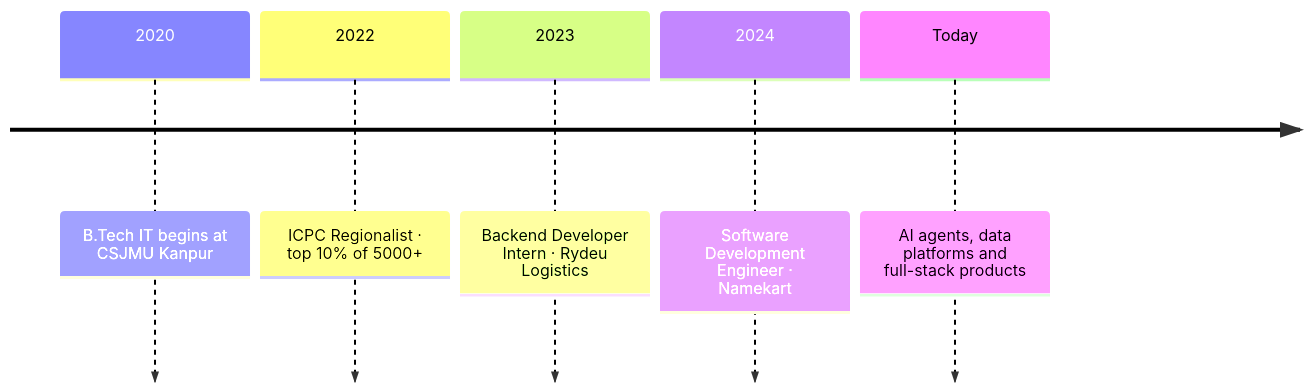
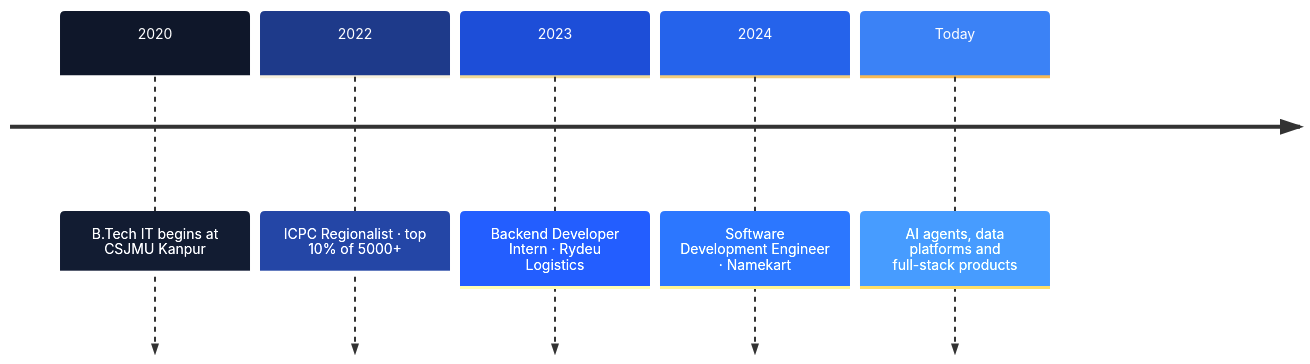
The diagram in README.md (sanjeev662/sanjeev662), drawn with Mermaid before and after one commit. The commit also changed other lines of this file, not shown here.

Commit message:
Polish README: themed timeline, card spacing, centered tile rows

````diff
--- a/README.md
+++ b/README.md
@@ -64,8 +64,9 @@
 ```mermaid
+%%{init: {'theme': 'base', 'themeVariables': {'fontFamily': 'Inter, Segoe UI, Helvetica, Arial, sans-serif', 'fontSize': '14px', 'lineColor': '#64748b', 'cScale0': '#0f172a', 'cScaleLabel0': '#ffffff', 'cScale1': '#1e3a8a', 'cScaleLabel1': '#ffffff', 'cScale2': '#1d4ed8', 'cScaleLabel2': '#ffffff', 'cScale3': '#2563eb', 'cScaleLabel3': '#ffffff', 'cScale4': '#3b82f6', 'cScaleLabel4': '#ffffff'}}}%%
 timeline
     2020 : B.Tech IT begins at CSJMU Kanpur
     2022 : ICPC Regionalist · top 10% of 5000+
     2023 : Backend Developer Intern · Rydeu Logistics
     2024 : Software Development Engineer · Namekart
     Today : AI agents, data platforms and full-stack products
 ```
````
